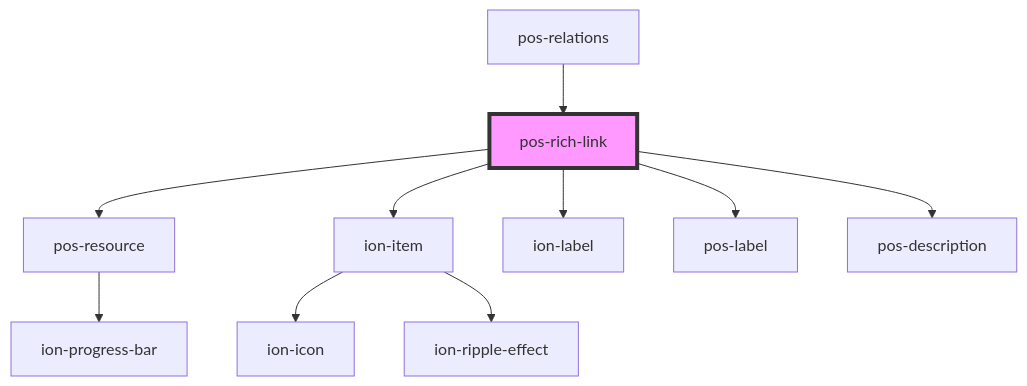
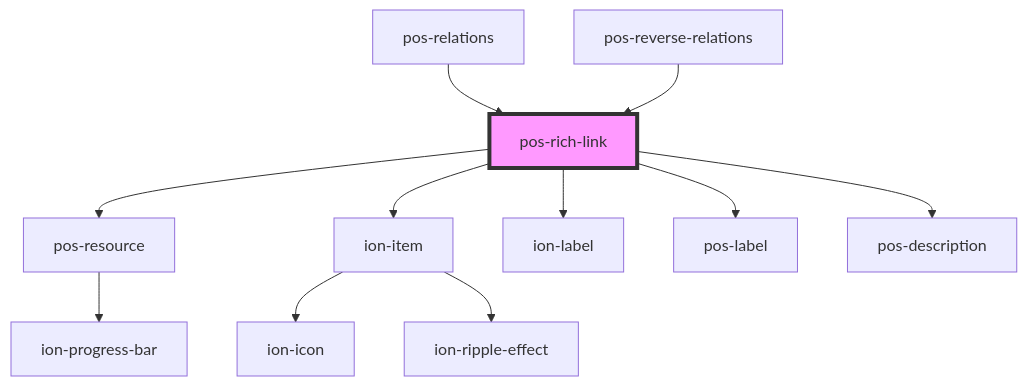
The diagram in elements/src/components/pos-rich-link/readme.md (pod-os/PodOS), drawn with Mermaid before and after one commit. The commit also changed other lines of this file and 7 other files, not shown here.

````diff
--- a/elements/src/components/pos-rich-link/readme.md
+++ b/elements/src/components/pos-rich-link/readme.md
@@ -30,13 +38,14 @@
 ```mermaid
 graph TD;
   pos-rich-link --> pos-resource
   pos-rich-link --> ion-item
   pos-rich-link --> ion-label
   pos-rich-link --> pos-label
   pos-rich-link --> pos-description
   pos-resource --> ion-progress-bar
   ion-item --> ion-icon
   ion-item --> ion-ripple-effect
   pos-relations --> pos-rich-link
+  pos-reverse-relations --> pos-rich-link
   style pos-rich-link fill:#f9f,stroke:#333,stroke-width:4px
 ```
````
